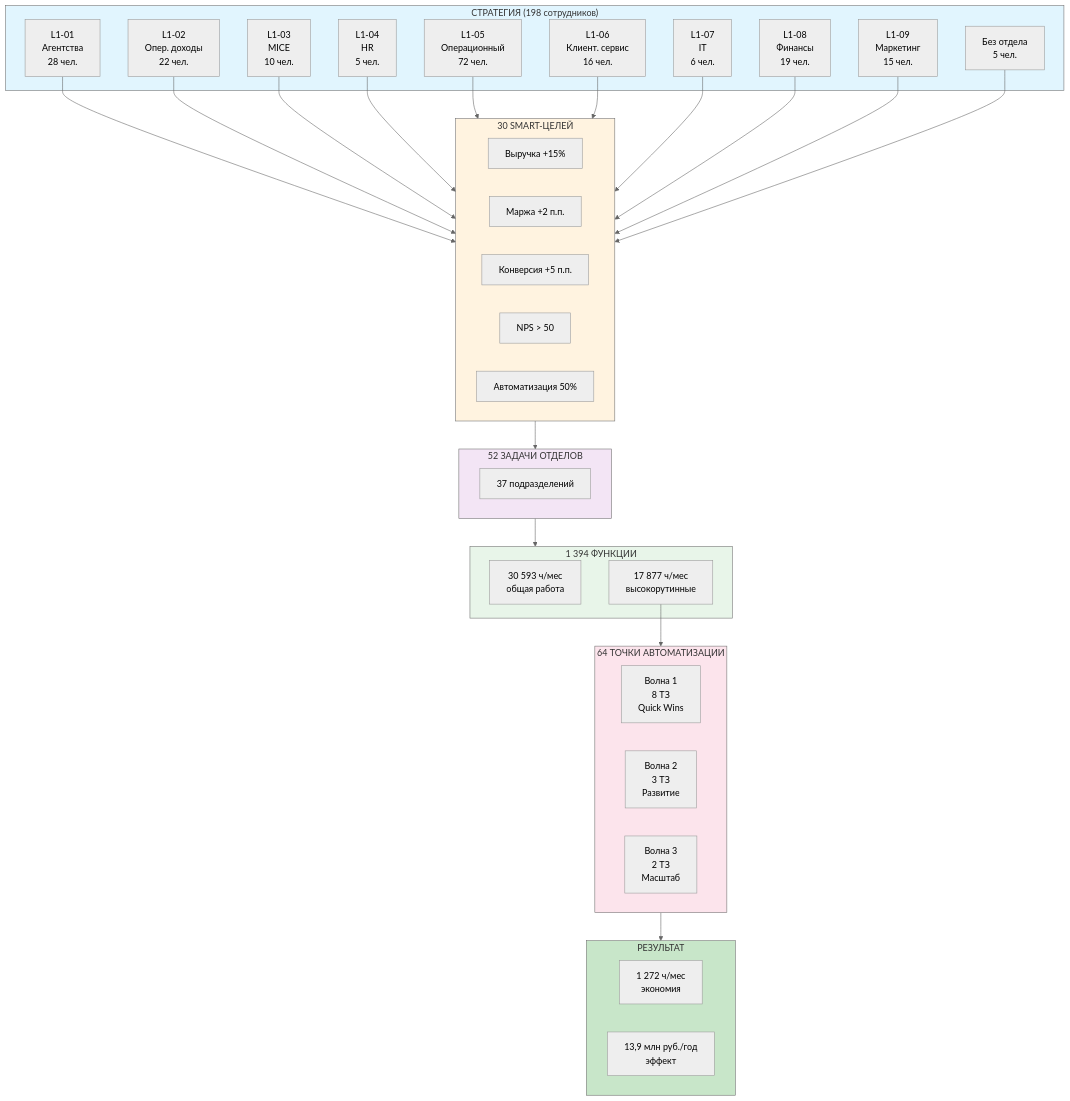
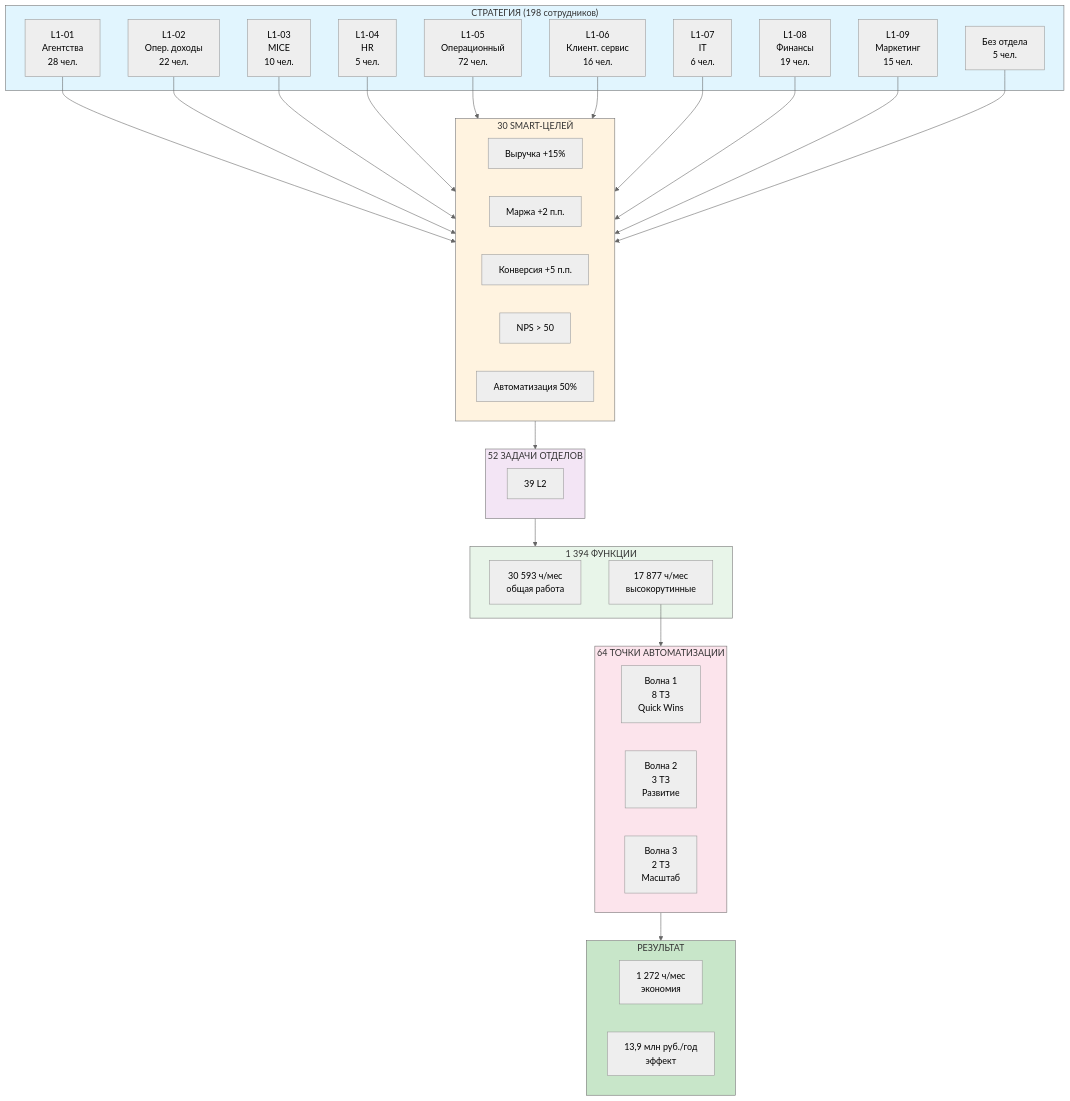
Before and after one commit to brandgrossmeister8-cmd/space-travel: the diagram in НАВИГАЦИОННАЯ_КАРТА.md, drawn with Mermaid (neutral theme). The commit also changed other lines of this file and 5 other files, not shown here.

````diff
--- a/НАВИГАЦИОННАЯ_КАРТА.md
+++ b/НАВИГАЦИОННАЯ_КАРТА.md
@@ -210,56 +210,56 @@
 ```mermaid
 flowchart TB
     subgraph STRATEGY["СТРАТЕГИЯ (198 сотрудников)"]
         D1[L1-01<br/>Агентства<br/>28 чел.]
         D2[L1-02<br/>Опер. доходы<br/>22 чел.]
         D3[L1-03<br/>MICE<br/>10 чел.]
         D4[L1-04<br/>HR<br/>5 чел.]
         D5[L1-05<br/>Операционный<br/>72 чел.]
         D6[L1-06<br/>Клиент. сервис<br/>16 чел.]
         D7[L1-07<br/>IT<br/>6 чел.]
         D8[L1-08<br/>Финансы<br/>19 чел.]
         D9[L1-09<br/>Маркетинг<br/>15 чел.]
         D0[Без отдела<br/>5 чел.]
     end
 
     subgraph GOALS["30 SMART-ЦЕЛЕЙ"]
         G1[Выручка +15%]
         G2[Маржа +2 п.п.]
         G3[Конверсия +5 п.п.]
         G4[NPS > 50]
         G5[Автоматизация 50%]
     end
 
     subgraph TASKS["52 ЗАДАЧИ ОТДЕЛОВ"]
-        T1[37 подразделений]
+        T1[39 L2]
     end
 
     subgraph FUNCTIONS["1 394 ФУНКЦИИ"]
         F1[30 593 ч/мес<br/>общая работа]
         F2[17 877 ч/мес<br/>высокорутинные]
     end
 
     subgraph AUTO["64 ТОЧКИ АВТОМАТИЗАЦИИ"]
         A1[Волна 1<br/>8 ТЗ<br/>Quick Wins]
         A2[Волна 2<br/>3 ТЗ<br/>Развитие]
         A3[Волна 3<br/>2 ТЗ<br/>Масштаб]
     end
 
     subgraph RESULT["РЕЗУЛЬТАТ"]
         R1[1 272 ч/мес<br/>экономия]
         R2[13,9 млн руб./год<br/>эффект]
     end
 
     D1 & D2 & D3 & D4 & D5 & D6 & D7 & D8 & D9 & D0 --> GOALS
     GOALS --> TASKS
     TASKS --> FUNCTIONS
     F2 --> AUTO
     AUTO --> RESULT
 
     style STRATEGY fill:#e1f5fe
     style GOALS fill:#fff3e0
     style TASKS fill:#f3e5f5
     style FUNCTIONS fill:#e8f5e9
     style AUTO fill:#fce4ec
     style RESULT fill:#c8e6c9
 ```
````
